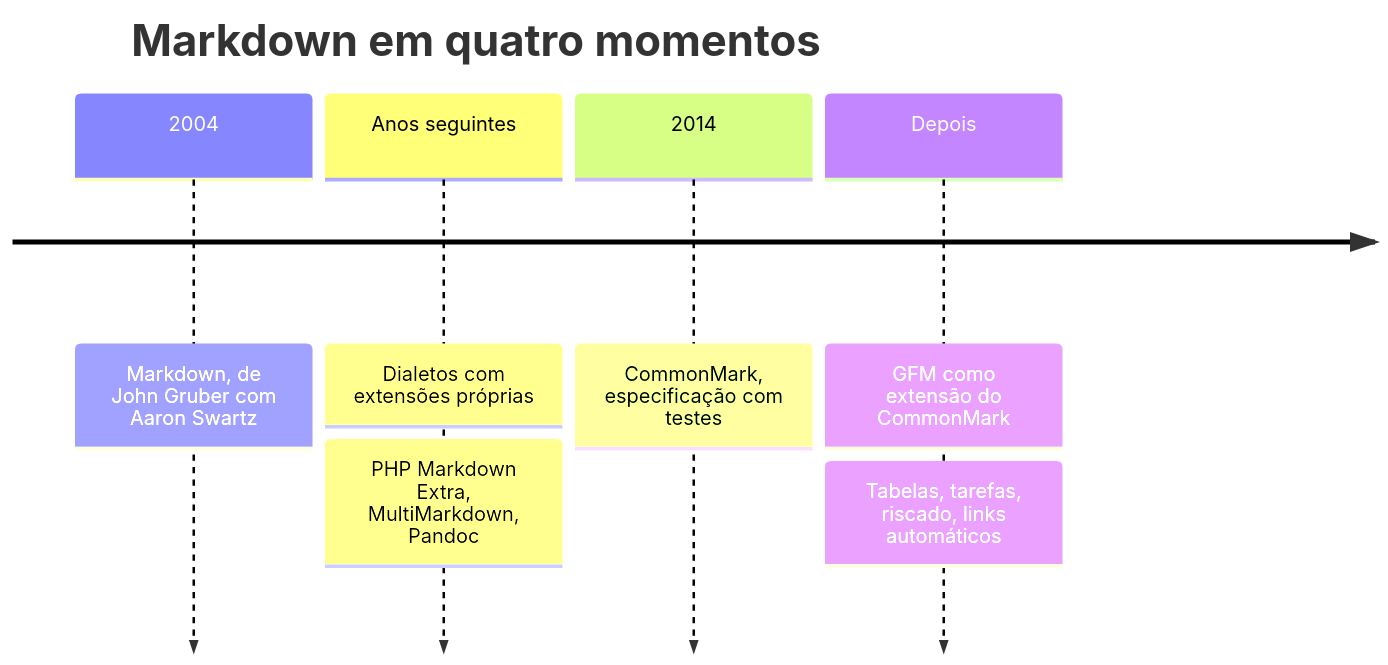
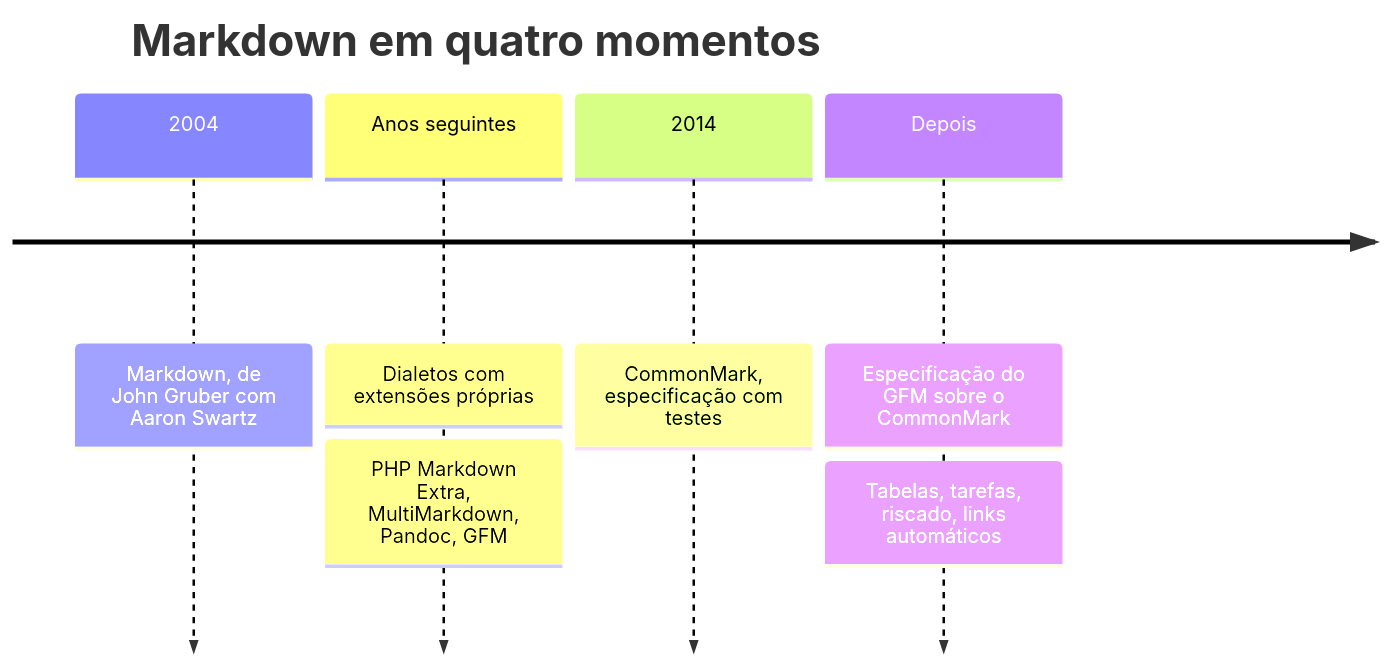
One commit to moraliasp/leve changed the first of 2 diagrams in src/sample/pt-BR.md. Above: the diagram before and after it, drawn with Mermaid. The commit also changed other lines of this file and 5 other files, not shown here.

````diff
--- a/src/sample/pt-BR.md
+++ b/src/sample/pt-BR.md
@@ -25,10 +25,10 @@
 ```mermaid
 timeline
   title Markdown em quatro momentos
   2004 : Markdown, de John Gruber com Aaron Swartz
   Anos seguintes : Dialetos com extensões próprias
-                 : PHP Markdown Extra, MultiMarkdown, Pandoc
+                 : PHP Markdown Extra, MultiMarkdown, Pandoc, GFM
   2014 : CommonMark, especificação com testes
-  Depois : GFM como extensão do CommonMark
+  Depois : Especificação do GFM sobre o CommonMark
          : Tabelas, tarefas, riscado, links automáticos
 ```
````
